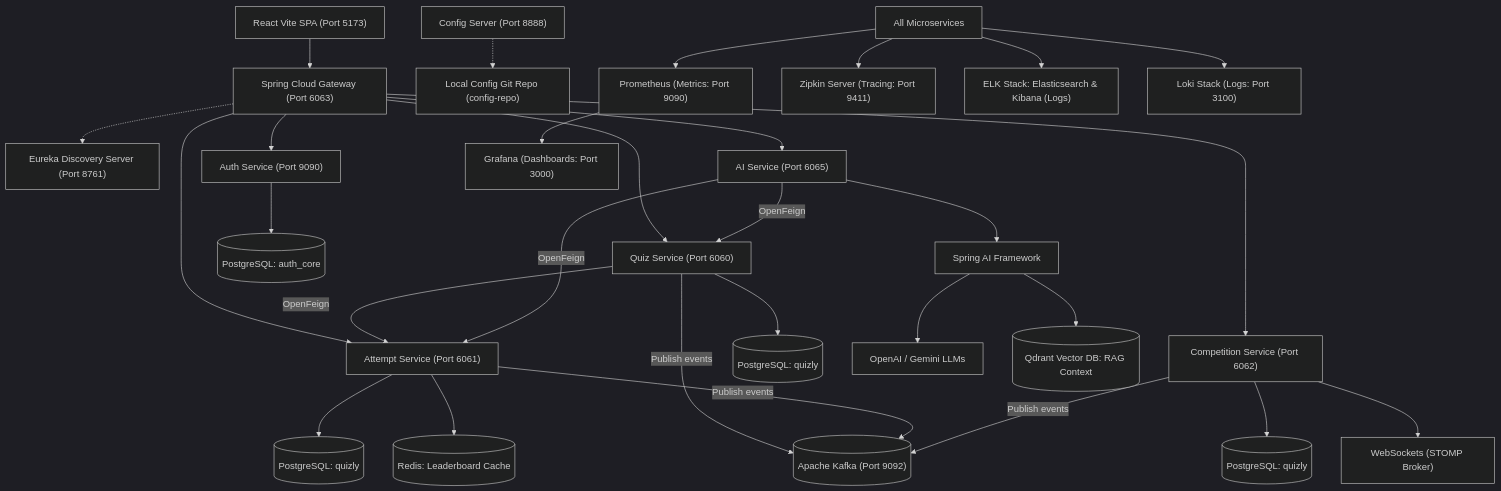
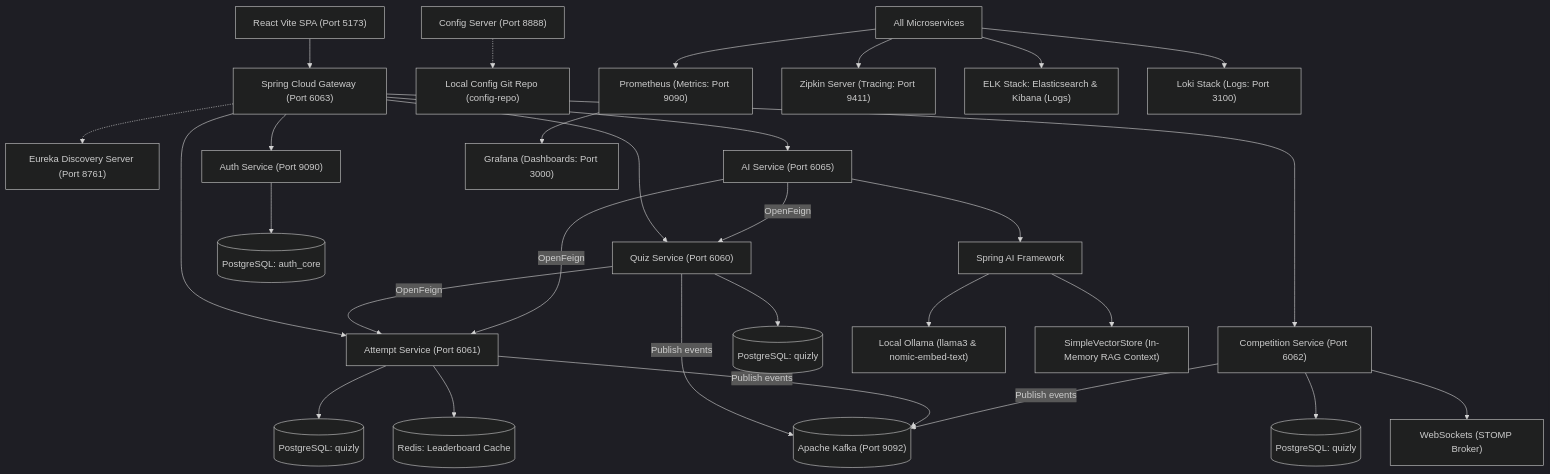
The diagram in README.md (kartikkamatkar/QuizLY), drawn with Mermaid (dark theme) before and after one commit. The commit also changed other lines of this file and 11 other files, not shown here.

````diff
--- a/README.md
+++ b/README.md
@@ -9,49 +9,49 @@
 ```mermaid
 graph TD
     %% Clients
     ReactUI["React Vite SPA (Port 5173)"] --> Gateway["Spring Cloud Gateway (Port 6063)"]
 
     %% Infrastructure & Discovery
     Gateway -.-> Eureka["Eureka Discovery Server (Port 8761)"]
     ConfigServer["Config Server (Port 8888)"] -.-> GitRepo["Local Config Git Repo (config-repo)"]
     
     %% Microservices
     Gateway --> AuthService["Auth Service (Port 9090)"]
     Gateway --> QuizService["Quiz Service (Port 6060)"]
     Gateway --> AttemptService["Attempt Service (Port 6061)"]
     Gateway --> CompService["Competition Service (Port 6062)"]
     Gateway --> AIService["AI Service (Port 6065)"]
 
     %% Service to Service Feign Communication
     QuizService -- OpenFeign --> AttemptService
     AIService -- OpenFeign --> QuizService
     AIService -- OpenFeign --> AttemptService
 
     %% Databases & Messaging
     AuthService --> DB_Auth[(PostgreSQL: auth_core)]
     QuizService --> DB_Quiz[(PostgreSQL: quizly)]
     AttemptService --> DB_Attempt[(PostgreSQL: quizly)]
     CompService --> DB_Comp[(PostgreSQL: quizly)]
     
     AttemptService --> RedisCache[(Redis: Leaderboard Cache)]
     CompService --> WSSockets["WebSockets (STOMP Broker)"]
     
     %% Kafka pipeline
     QuizService -- Publish events --> KafkaBroker[("Apache Kafka (Port 9092)")]
     AttemptService -- Publish events --> KafkaBroker
     CompService -- Publish events --> KafkaBroker
     
     %% AI Stack
     AIService --> SpringAI["Spring AI Framework"]
-    SpringAI --> OpenAI[OpenAI / Gemini LLMs]
-    SpringAI --> QdrantDB[(Qdrant Vector DB: RAG Context)]
+    SpringAI --> Ollama["Local Ollama (llama3 & nomic-embed-text)"]
+    SpringAI --> SimpleVectorStore["SimpleVectorStore (In-Memory RAG Context)"]
     
     %% Observability Stack
     Services[All Microservices] --> Prometheus["Prometheus (Metrics: Port 9090)"]
     Prometheus --> Grafana["Grafana (Dashboards: Port 3000)"]
     
     Services --> Zipkin["Zipkin Server (Tracing: Port 9411)"]
     
     Services --> Logstash["ELK Stack: Elasticsearch & Kibana (Logs)"]
     Services --> Promtail["Loki Stack (Logs: Port 3100)"]
 ```
````
